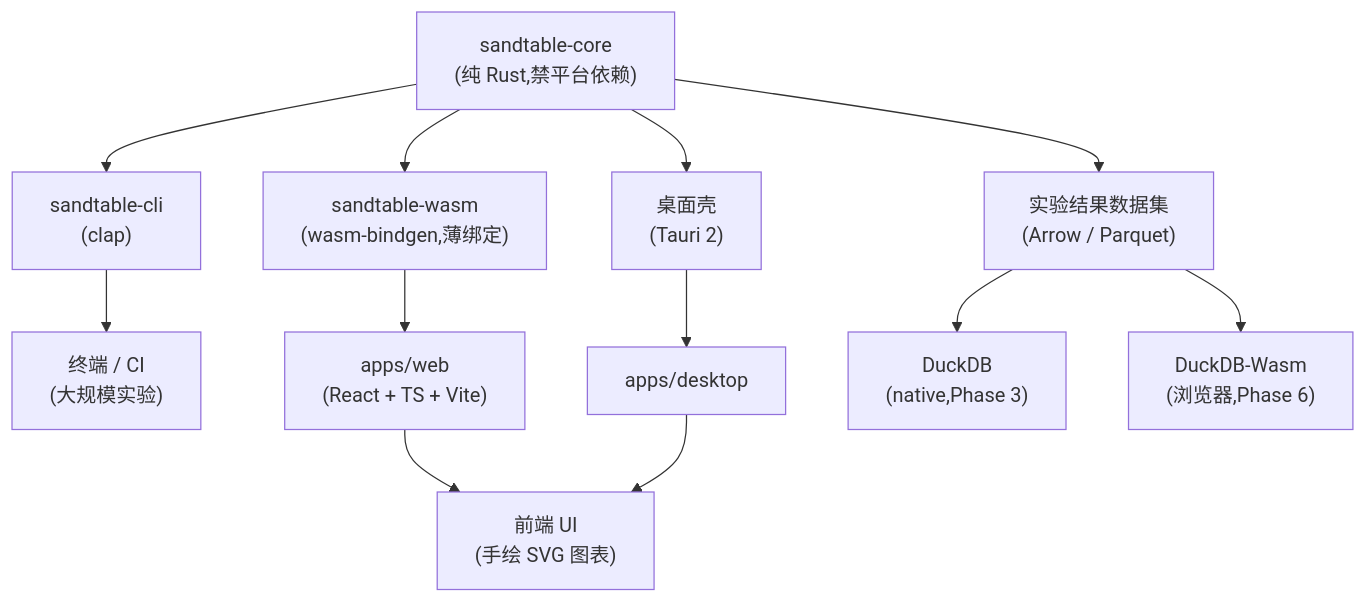
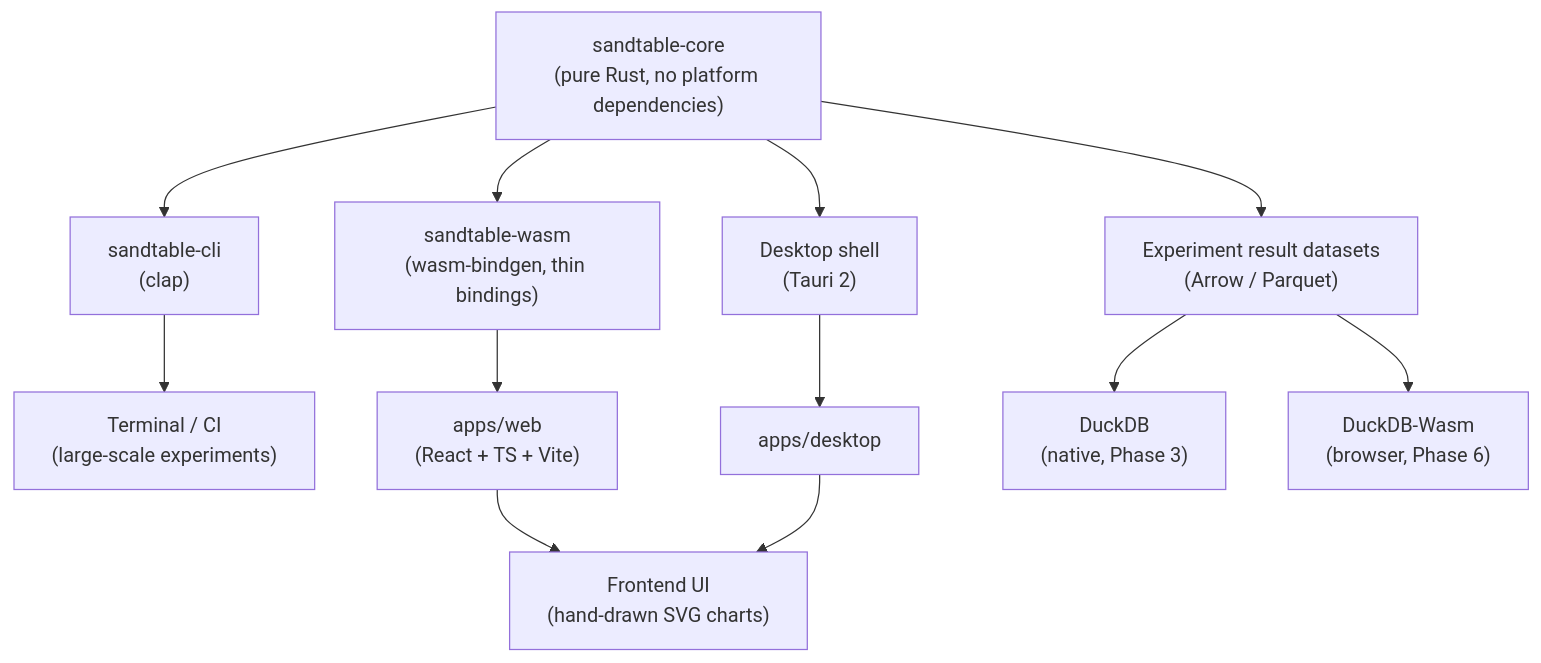
The diagram in docs/guide/08-tech-stack.md (cuihairu/sandtable), drawn with Mermaid before and after one commit. The commit also changed other lines of this file and 95 other files, not shown here.

````diff
--- a/docs/guide/08-tech-stack.md
+++ b/docs/guide/08-tech-stack.md
@@ -21,15 +21,15 @@
 ```mermaid
 flowchart TD
-    CORE["sandtable-core<br>(纯 Rust,禁平台依赖)"]
+    CORE["sandtable-core<br>(pure Rust, no platform dependencies)"]
     CORE --> CLI["sandtable-cli<br>(clap)"]
-    CORE --> WASM["sandtable-wasm<br>(wasm-bindgen,薄绑定)"]
-    CLI --> T1["终端 / CI<br>(大规模实验)"]
+    CORE --> WASM["sandtable-wasm<br>(wasm-bindgen, thin bindings)"]
+    CLI --> T1["Terminal / CI<br>(large-scale experiments)"]
     WASM --> WEB["apps/web<br>(React + TS + Vite)"]
-    CORE --> TAURI["桌面壳<br>(Tauri 2)"]
+    CORE --> TAURI["Desktop shell<br>(Tauri 2)"]
     TAURI --> APP["apps/desktop"]
-    WEB --> VIZ["前端 UI<br>(手绘 SVG 图表)"]
+    WEB --> VIZ["Frontend UI<br>(hand-drawn SVG charts)"]
     APP --> VIZ
-    CORE --> RES["实验结果数据集<br>(Arrow / Parquet)"]
-    RES --> DDB["DuckDB<br>(native,Phase 3)"]
-    RES --> DDBW["DuckDB-Wasm<br>(浏览器,Phase 6)"]
+    CORE --> RES["Experiment result datasets<br>(Arrow / Parquet)"]
+    RES --> DDB["DuckDB<br>(native, Phase 3)"]
+    RES --> DDBW["DuckDB-Wasm<br>(browser, Phase 6)"]
 ```
````
